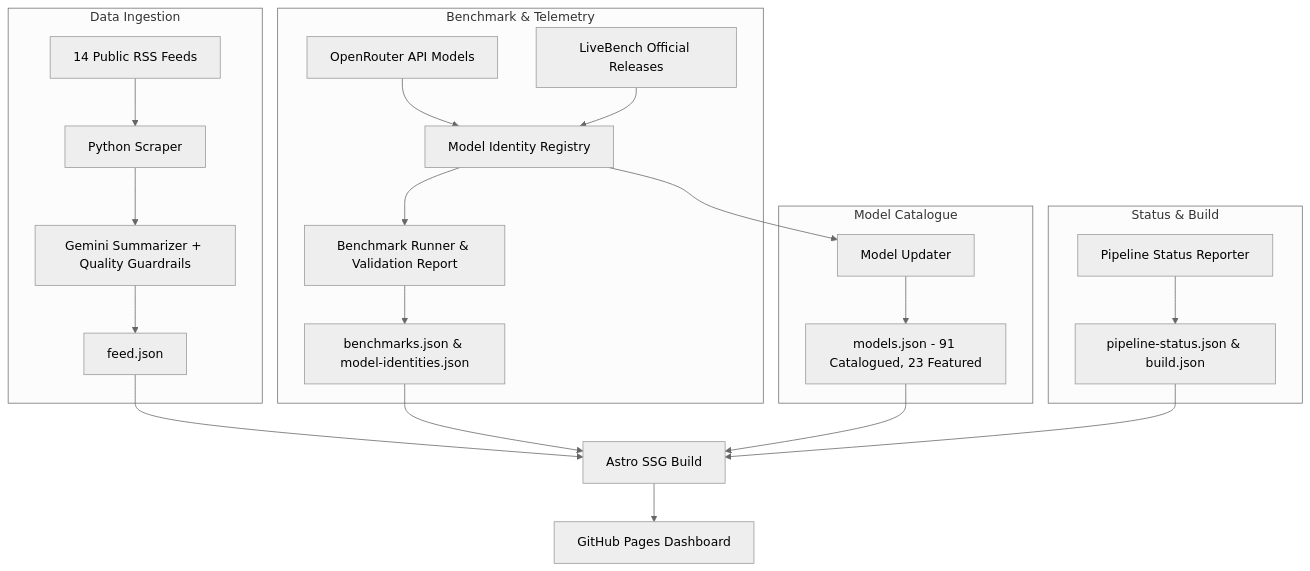
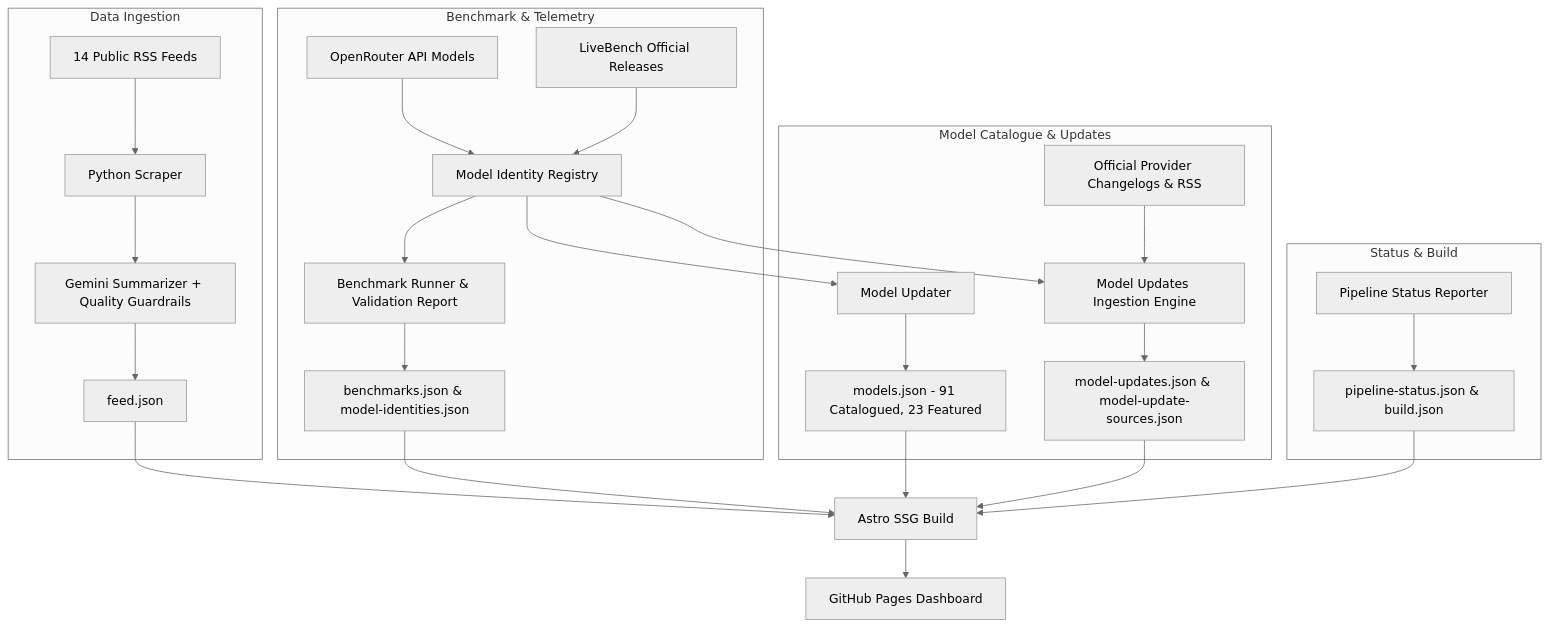
The diagram in README.md (swaroophegde07/ai-pulse), drawn with Mermaid (neutral theme) before and after one commit. The commit also changed other lines of this file and 8 other files, not shown here.

Commit message:
feat: add dedicated model updates tracker with official provider changelogs

````diff
--- a/README.md
+++ b/README.md
@@ -52,30 +52,34 @@
 ```mermaid
 flowchart TD
     subgraph Data Ingestion
         A[14 Public RSS Feeds] --> B[Python Scraper]
         B --> C[Gemini Summarizer + Quality Guardrails]
         C --> D[feed.json]
     end
 
     subgraph Benchmark & Telemetry
         E[OpenRouter API Models] --> F[Model Identity Registry]
         G[LiveBench Official Releases] --> F
         F --> H[Benchmark Runner & Validation Report]
         H --> I[benchmarks.json & model-identities.json]
     end
 
-    subgraph Model Catalogue
+    subgraph Model Catalogue & Updates
         F --> J[Model Updater]
         J --> K[models.json - 91 Catalogued, 23 Featured]
+        P[Official Provider Changelogs & RSS] --> Q[Model Updates Ingestion Engine]
+        F --> Q
+        Q --> R[model-updates.json & model-update-sources.json]
     end
 
     subgraph Status & Build
         L[Pipeline Status Reporter] --> M[pipeline-status.json & build.json]
     end
 
     D --> N[Astro SSG Build]
     I --> N
     K --> N
+    R --> N
     M --> N
     N --> O[GitHub Pages Dashboard]
 ```
````
